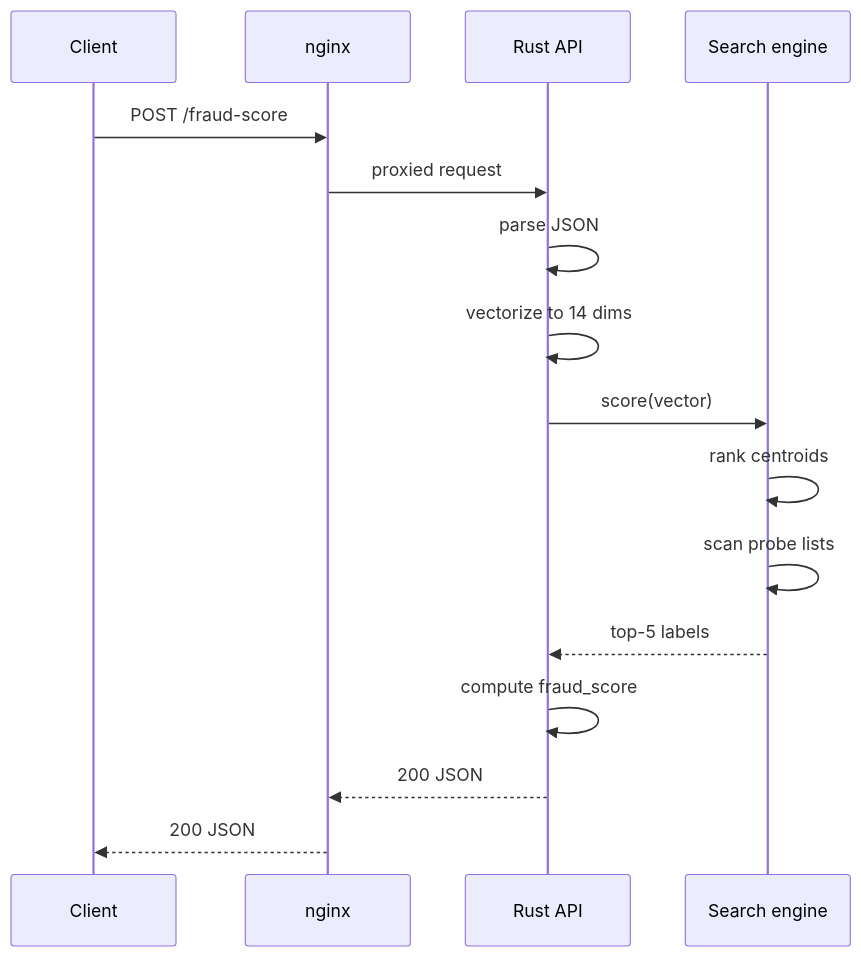
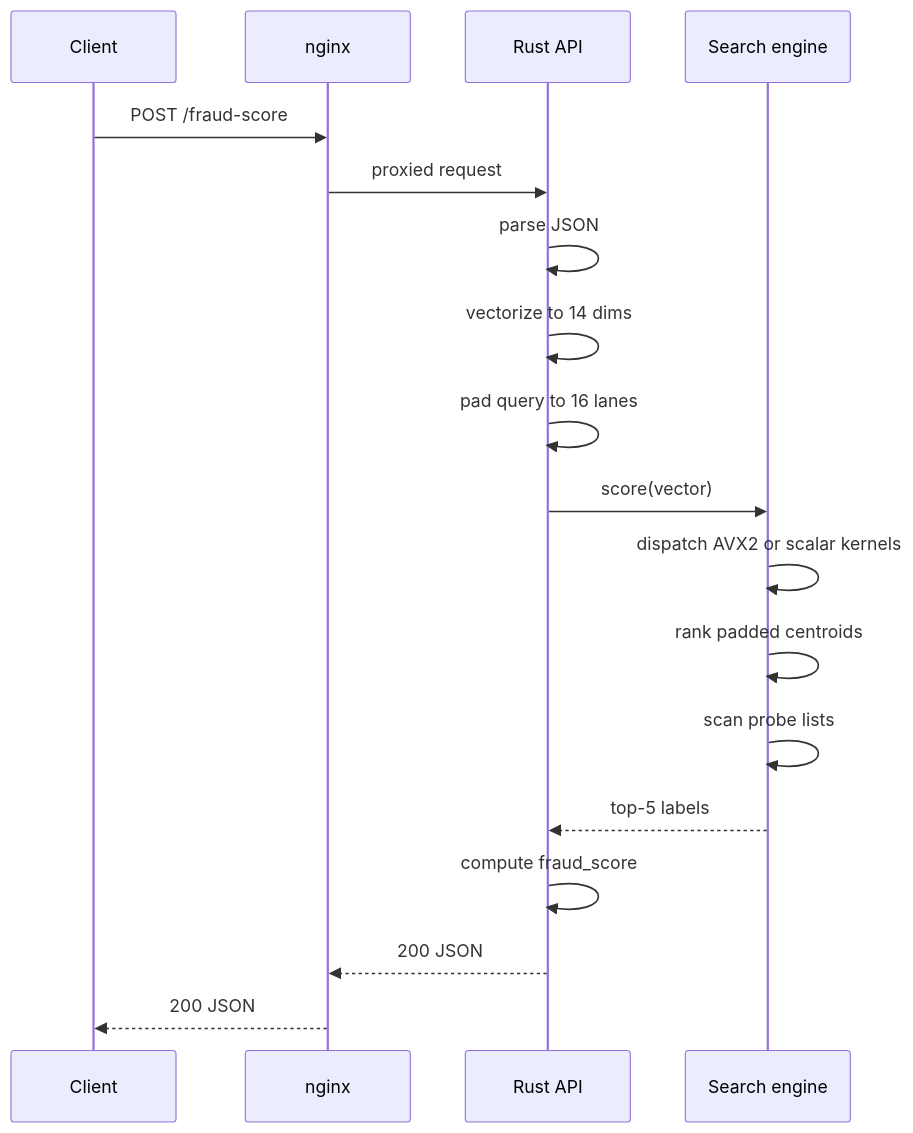
The fifth of 5 diagrams in docs/en/IMPLEMENTATION_C4.md (rwebler/rinha-de-backend-2026), drawn with Mermaid before and after one commit. The commit also changed other lines of this file and 4 other files, not shown here.

````diff
--- a/docs/en/IMPLEMENTATION_C4.md
+++ b/docs/en/IMPLEMENTATION_C4.md
@@ -129,19 +132,21 @@
 ```mermaid
 sequenceDiagram
     participant C as Client
     participant N as nginx
     participant A as Rust API
     participant S as Search engine
 
     C->>N: POST /fraud-score
     N->>A: proxied request
     A->>A: parse JSON
     A->>A: vectorize to 14 dims
+    A->>A: pad query to 16 lanes
     A->>S: score(vector)
-    S->>S: rank centroids
+    S->>S: dispatch AVX2 or scalar kernels
+    S->>S: rank padded centroids
     S->>S: scan probe lists
     S-->>A: top-5 labels
     A->>A: compute fraud_score
     A-->>N: 200 JSON
     N-->>C: 200 JSON
 ```
````
